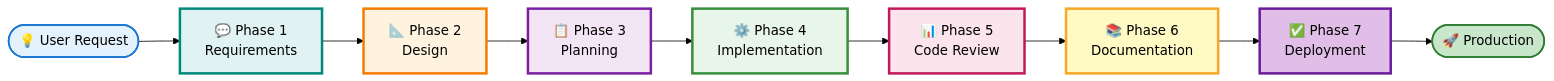
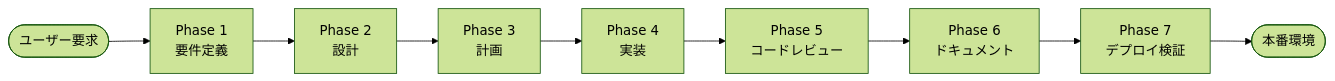
The diagram in README.md (Tsuchiya2/evaluator-driven-agent-flow), drawn with Mermaid (forest theme) before and after one commit. The commit also changed other lines of this file, not shown here.

````diff
--- a/README.md
+++ b/README.md
@@ -33,21 +28,11 @@
 ```mermaid
 graph LR
-    Start([💡 User Request]) --> Phase1[💬 Phase 1<br/>Requirements]
-    Phase1 --> Phase2[📐 Phase 2<br/>Design]
-    Phase2 --> Phase3[📋 Phase 3<br/>Planning]
-    Phase3 --> Phase4[⚙️ Phase 4<br/>Implementation]
-    Phase4 --> Phase5[📊 Phase 5<br/>Code Review]
-    Phase5 --> Phase6[📚 Phase 6<br/>Documentation]
-    Phase6 --> Phase7[✅ Phase 7<br/>Deployment]
-    Phase7 --> End([🚀 Production])
-
-    style Start fill:#e3f2fd,stroke:#1976d2,stroke-width:2px
-    style Phase1 fill:#e0f2f1,stroke:#00897b,stroke-width:3px
-    style Phase2 fill:#fff3e0,stroke:#f57c00,stroke-width:3px
-    style Phase3 fill:#f3e5f5,stroke:#7b1fa2,stroke-width:3px
-    style Phase4 fill:#e8f5e9,stroke:#388e3c,stroke-width:3px
-    style Phase5 fill:#fce4ec,stroke:#c2185b,stroke-width:3px
-    style Phase6 fill:#fff9c4,stroke:#f9a825,stroke-width:3px
-    style Phase7 fill:#e1bee7,stroke:#6a1b9a,stroke-width:3px
-    style End fill:#c8e6c9,stroke:#2e7d32,stroke-width:2px
+    Start([ユーザー要求]) --> Phase1[Phase 1<br/>要件定義]
+    Phase1 --> Phase2[Phase 2<br/>設計]
+    Phase2 --> Phase3[Phase 3<br/>計画]
+    Phase3 --> Phase4[Phase 4<br/>実装]
+    Phase4 --> Phase5[Phase 5<br/>コードレビュー]
+    Phase5 --> Phase6[Phase 6<br/>ドキュメント]
+    Phase6 --> Phase7[Phase 7<br/>デプロイ検証]
+    Phase7 --> End([本番環境])
 ```
````
